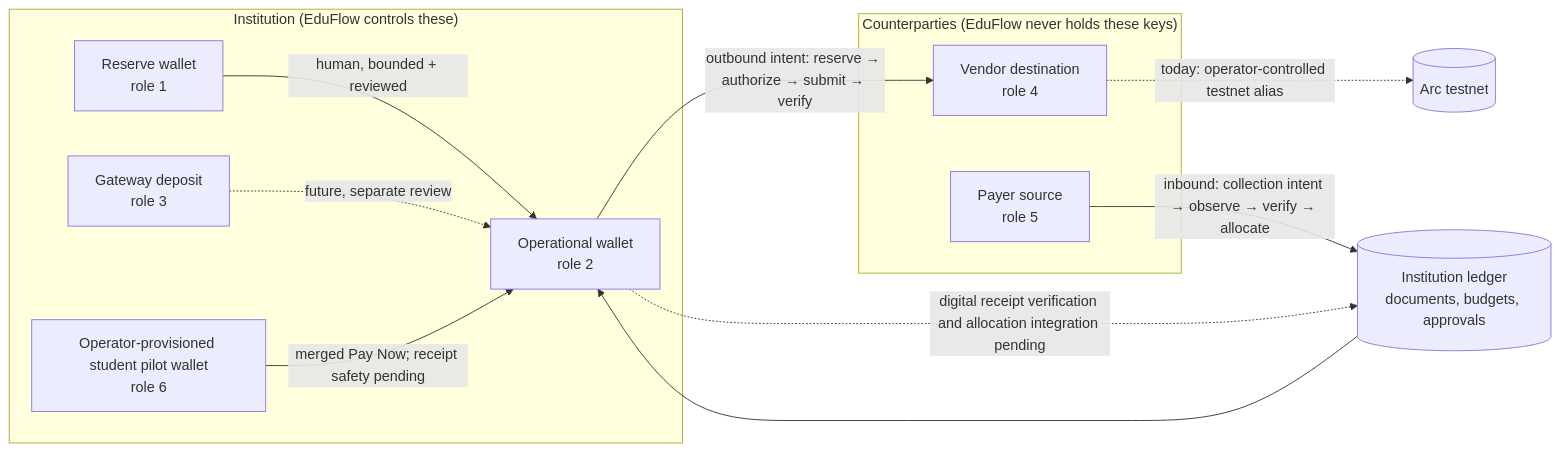
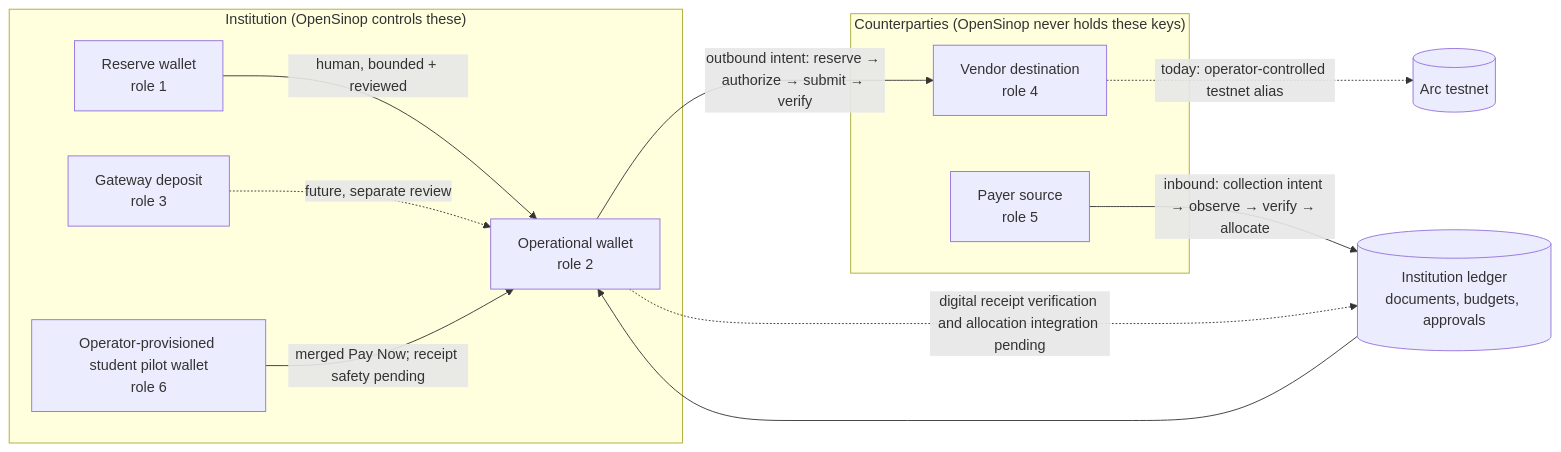
The fifth of 6 diagrams in PLAN.md (exurb3r/EduFlow), drawn with Mermaid before and after one commit. The commit also changed other lines of this file and 25 other files, not shown here.

Commit message:
rebrand: update project and UI branding to OpenSinop

````diff
--- a/PLAN.md
+++ b/PLAN.md
@@ -3162,19 +3162,19 @@
 ```mermaid
 flowchart LR
-    subgraph Institution["Institution (EduFlow controls these)"]
+    subgraph Institution["Institution (OpenSinop controls these)"]
         R[Reserve wallet<br/>role 1] -->|human, bounded + reviewed| O[Operational wallet<br/>role 2]
         G[Gateway deposit<br/>role 3] -.->|future, separate review| O
         SP[Operator-provisioned student pilot wallet<br/>role 6] -->|merged Pay Now; receipt safety pending| O
     end
 
-    subgraph Counterparties["Counterparties (EduFlow never holds these keys)"]
+    subgraph Counterparties["Counterparties (OpenSinop never holds these keys)"]
         V[Vendor destination<br/>role 4]
         P[Payer source<br/>role 5]
     end
 
     S[(Institution ledger<br/>documents, budgets, approvals)] --> O
     O -->|outbound intent: reserve → authorize → submit → verify| V
     P -->|inbound: collection intent → observe → verify → allocate| S
     V -.->|today: operator-controlled testnet alias| T[(Arc testnet)]
     O -.->|digital receipt verification and allocation integration pending| S
 ```
````
